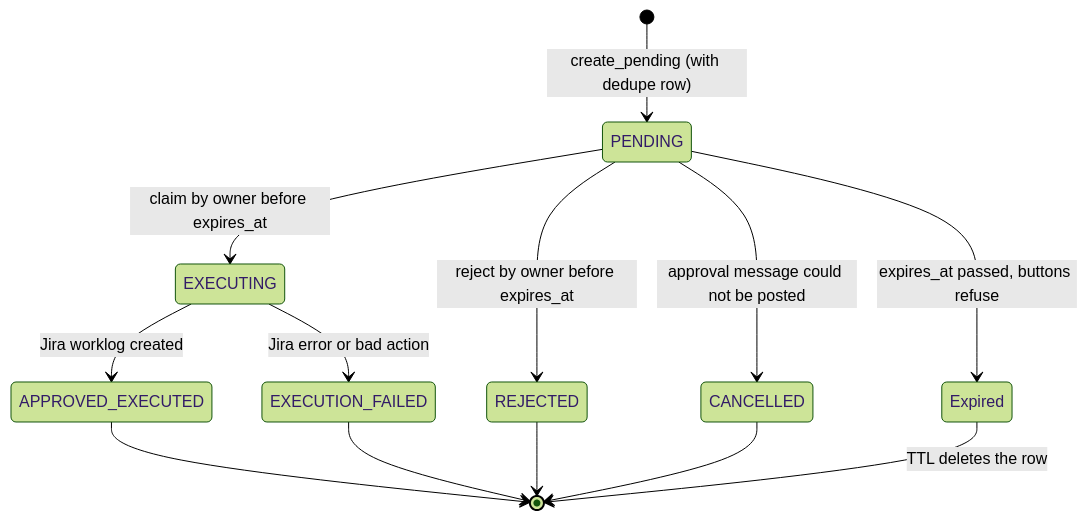
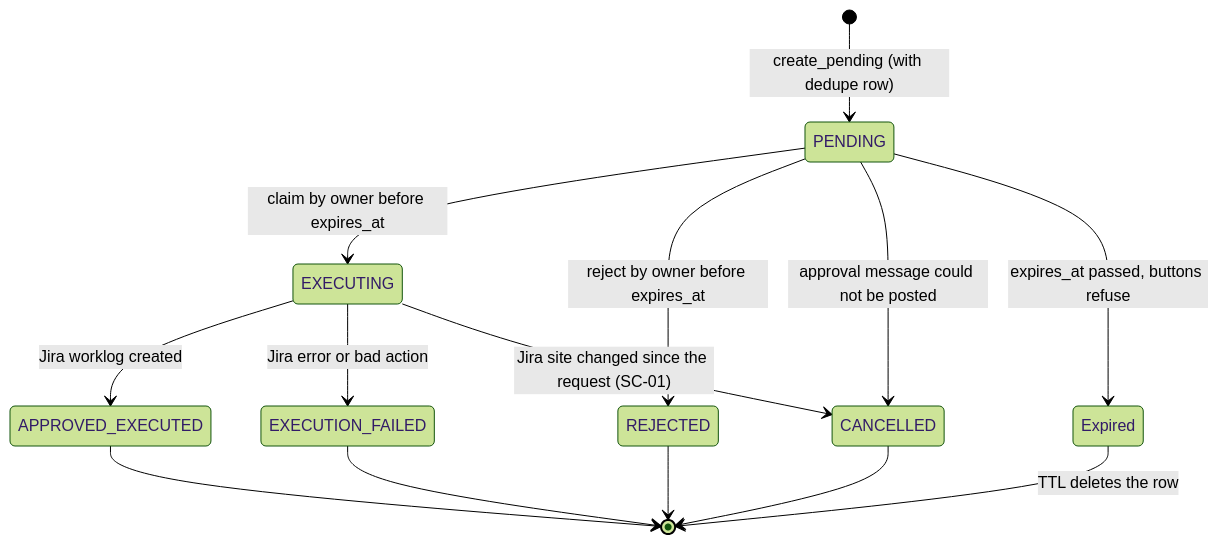
One commit to lolohoang123/jira_agent changed the second of 7 diagrams in docs/design/data_model_and_flows.md. Above: the diagram before and after it, drawn with Mermaid (forest theme). The commit also changed other lines of this file and 14 other files, not shown here.

````diff
--- a/docs/design/data_model_and_flows.md
+++ b/docs/design/data_model_and_flows.md
@@ -107,15 +108,16 @@
 ```mermaid
 stateDiagram-v2
     [*] --> PENDING : create_pending (with dedupe row)
     PENDING --> EXECUTING : claim by owner before expires_at
     PENDING --> REJECTED : reject by owner before expires_at
     PENDING --> CANCELLED : approval message could not be posted
     PENDING --> Expired : expires_at passed, buttons refuse
     EXECUTING --> APPROVED_EXECUTED : Jira worklog created
     EXECUTING --> EXECUTION_FAILED : Jira error or bad action
+    EXECUTING --> CANCELLED : Jira site changed since the request (SC-01)
     APPROVED_EXECUTED --> [*]
     EXECUTION_FAILED --> [*]
     REJECTED --> [*]
     CANCELLED --> [*]
     Expired --> [*] : TTL deletes the row
 ```
````
